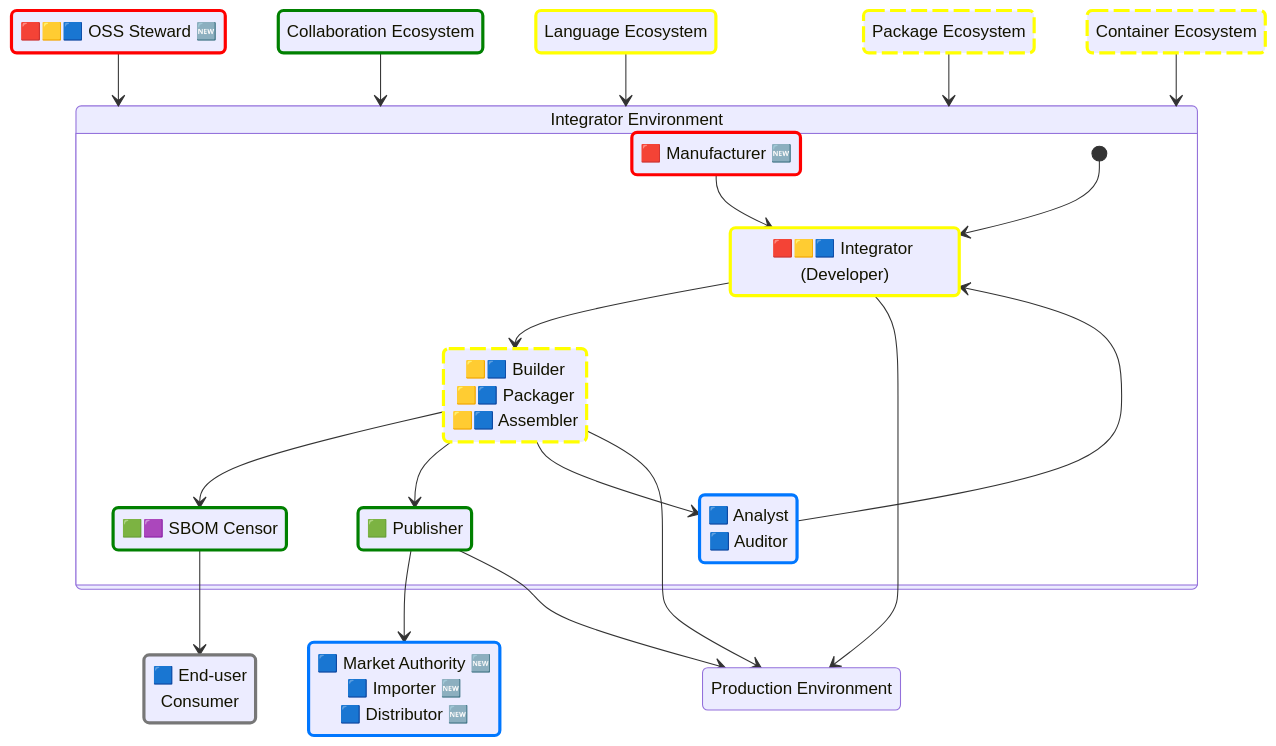
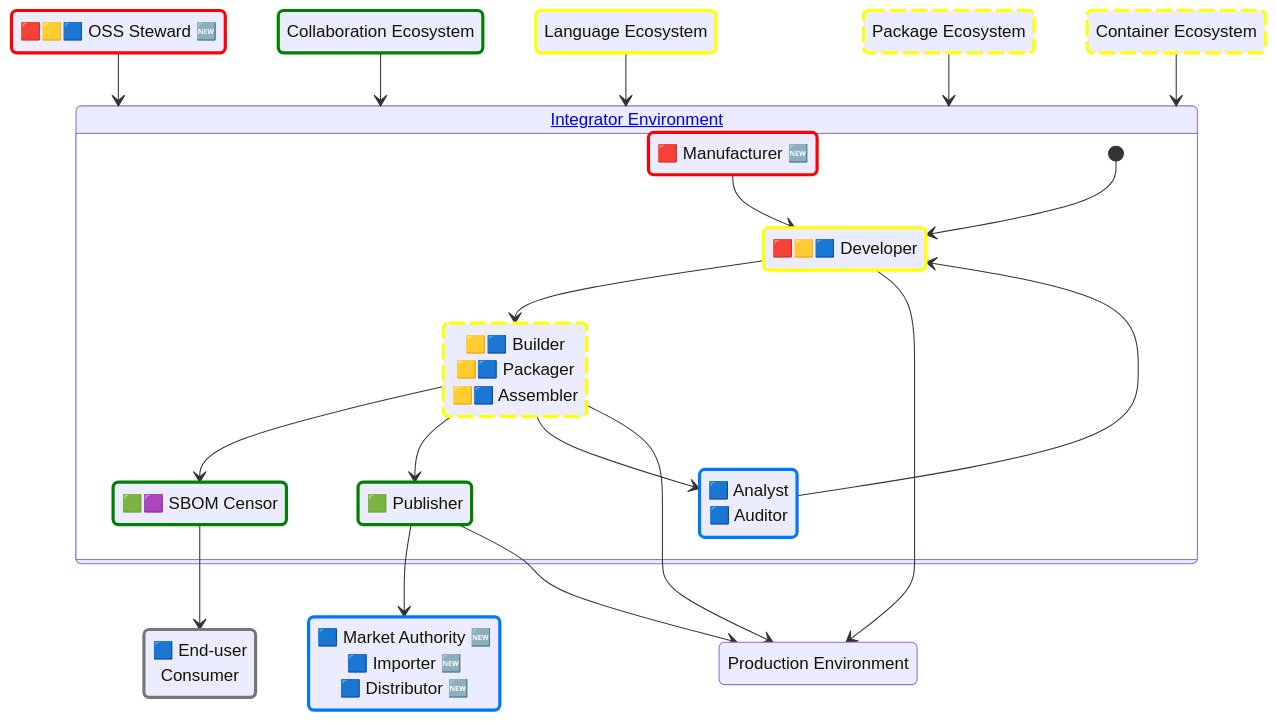
One commit to CPAN-Security/security.metacpan.org changed the fifth of 5 diagrams in docs/supplychain-sbom.md. Above: the diagram before and after it, drawn with Mermaid. The commit also changed other lines of this file, not shown here.

Commit message:
Play around a little with the state diagrams

```diff
--- a/docs/supplychain-sbom.md
+++ b/docs/supplychain-sbom.md
@@ -975,12 +976,12 @@
 
     %% Integrator Environment
     state "🟥 Manufacturer 🆕" as integrator_owner
-    state "🟥🟨🟦 Integrator (Developer)" as integrator_developer
+    state "🟥🟨🟦 Developer" as integrator_developer
     state "🟨🟦 Builder<br>🟨🟦 Packager<br>🟨🟦 Assembler" as integrator_builder
     state "🟩🟪 SBOM Censor" as integrator_censor
     state "🟩 Publisher" as integrator_publisher
     state "🟦 Analyst<br>🟦 Auditor" as integrator_analyst
-    state "Integrator Environment" as environment_integrator {
+    state "<a href='#integrator-environment'>Integrator Environment</a>" as environment_integrator {
         [*] --> integrator_developer
         integrator_owner     --> integrator_developer
         integrator_builder   --> integrator_censor
```
